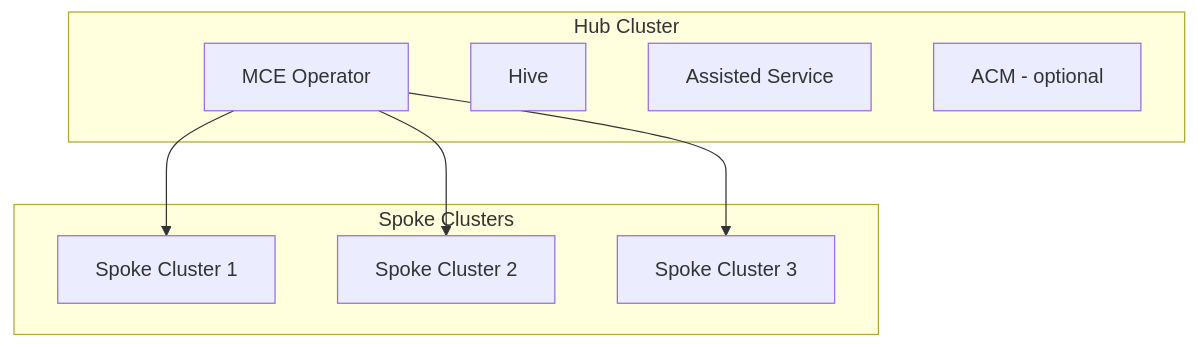
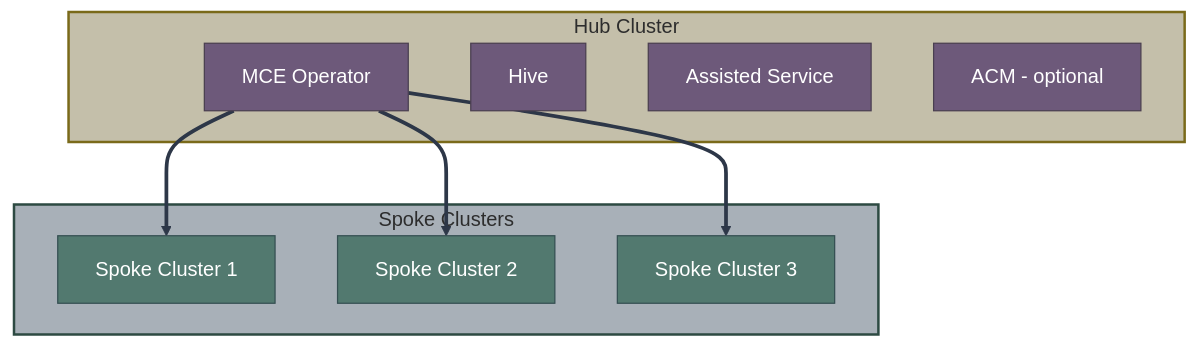
Before and after one commit to zszabo-rh/openshift-install-guide: the first of 5 diagrams in 00-concepts-glossary.md, drawn with Mermaid. The commit also changed other lines of this file and 16 other files, not shown here.

Commit message:
improved diagram style

````diff
--- a/00-concepts-glossary.md
+++ b/00-concepts-glossary.md
@@ -11,19 +11,32 @@
 ```mermaid
 graph TB
-    subgraph "Hub Cluster"
+    subgraph hub["Hub Cluster"]
         MCE[MCE Operator]
         HIVE[Hive]
         ASSISTED[Assisted Service]
         ACM[ACM - optional]
     end
     
-    subgraph "Spoke Clusters"
+    subgraph spokes["Spoke Clusters"]
         S1[Spoke Cluster 1]
         S2[Spoke Cluster 2]
         S3[Spoke Cluster 3]
     end
     
     MCE --> S1
     MCE --> S2
     MCE --> S3
+    
+    style MCE fill:#6d597a,stroke:#4a3f50,color:#fff
+    style HIVE fill:#6d597a,stroke:#4a3f50,color:#fff
+    style ASSISTED fill:#6d597a,stroke:#4a3f50,color:#fff
+    style ACM fill:#6d597a,stroke:#4a3f50,color:#fff
+    style S1 fill:#52796f,stroke:#354f52,color:#fff
+    style S2 fill:#52796f,stroke:#354f52,color:#fff
+    style S3 fill:#52796f,stroke:#354f52,color:#fff
+    
+    style hub fill:#c4bfaa,stroke:#7a6a1a,stroke-width:2px,color:#2d2d2d
+    style spokes fill:#a8b0b8,stroke:#2d4a42,stroke-width:2px,color:#2d2d2d
+    
+    linkStyle default stroke:#2d3748,stroke-width:3px
 ```
````
